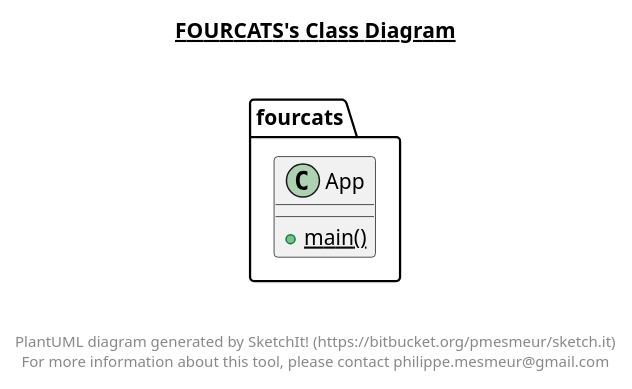
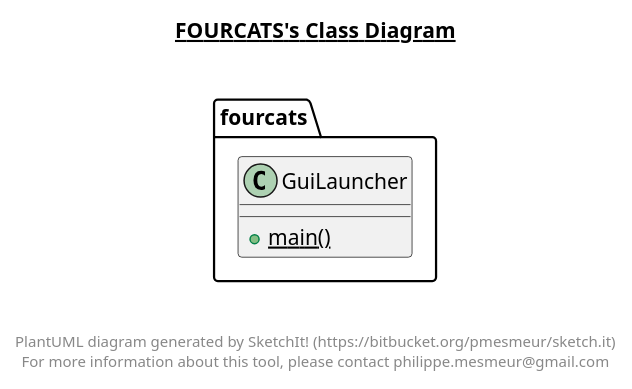
One commit to fourcatsteam/NaturalAPI changed the diagram in NaturalAPI_Design/src/main/java/fourcats/FourCats.plantuml. Above: the diagram before and after it, drawn with PlantUML. The commit also changed 35 other files, not shown here.

```diff
--- a/NaturalAPI_Design/src/main/java/fourcats/FourCats.plantuml
+++ b/NaturalAPI_Design/src/main/java/fourcats/FourCats.plantuml
@@ -1,21 +1,21 @@
 @startuml
 
 title __FOURCATS's Class Diagram__\n
 
   namespace fourcats {
-    class fourcats.App {
+    class fourcats.GuiLauncher {
         {static} + main()
     }
   }
   
 
 
 
 right footer
 
 
 PlantUML diagram generated by SketchIt! (https://bitbucket.org/pmesmeur/sketch.it)
 For more information about this tool, please contact philippe.mesmeur@gmail.com
 endfooter
 
 @enduml
```
